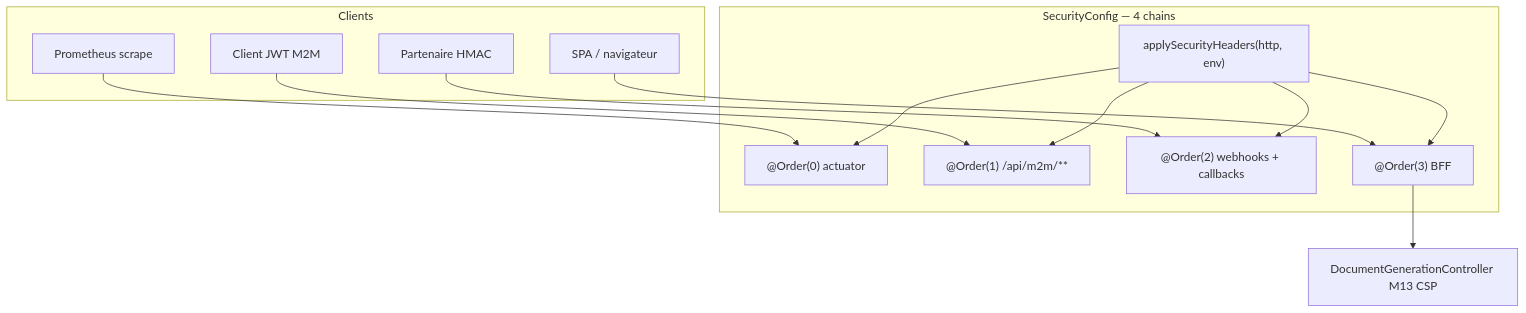
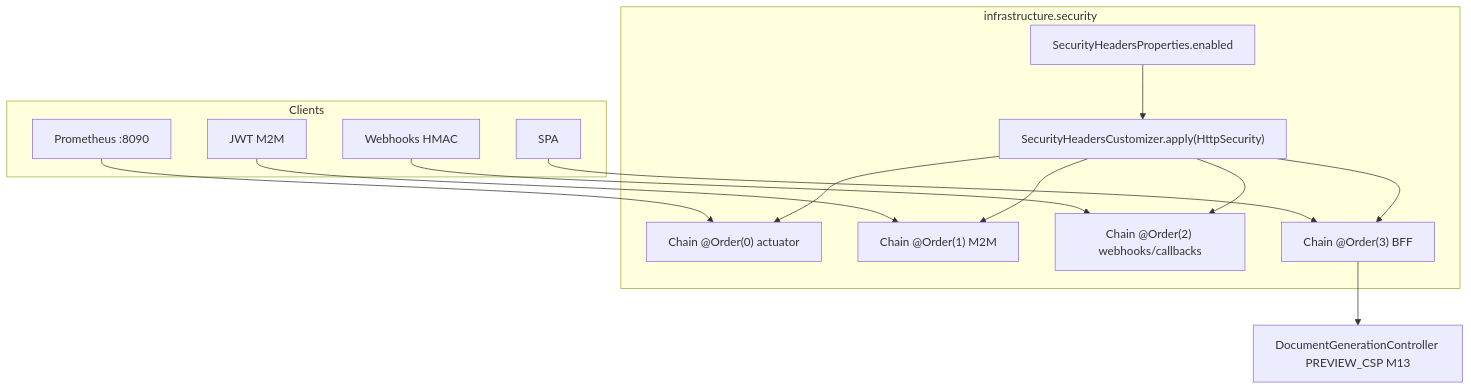
Before and after one commit to superjojo79/Myrmacta: the first of 2 diagrams in docs/ai/design/2026-09-20-feature-headers-http-globaux.md, drawn with Mermaid. The commit also changed other lines of this file and 5 other files, not shown here.

First line of the commit message:
docs(a4): Phase 3 design reviewed — customizer, CSP exacte, kill switch

````diff
--- a/docs/ai/design/2026-09-20-feature-headers-http-globaux.md
+++ b/docs/ai/design/2026-09-20-feature-headers-http-globaux.md
@@ -24,25 +46,27 @@
 ```mermaid
 flowchart TB
   subgraph clients [Clients]
-    Browser[SPA / navigateur]
-    Partner[Partenaire HMAC]
-    Scrape[Prometheus scrape]
-    M2M[Client JWT M2M]
+    Browser[SPA]
+    Partner[Webhooks HMAC]
+    Scrape[Prometheus :8090]
+    M2M[JWT M2M]
   end
-  subgraph chains ["SecurityConfig — 4 chains"]
-    C0["@Order(0) actuator"]
-    C1["@Order(1) /api/m2m/**"]
-    C2["@Order(2) webhooks + callbacks"]
-    C3["@Order(3) BFF"]
-    Helper["applySecurityHeaders(http, env)"]
+  subgraph sec [infrastructure.security]
+    Props["SecurityHeadersProperties.enabled"]
+    Customizer["SecurityHeadersCustomizer.apply(HttpSecurity)"]
+    C0["Chain @Order(0) actuator"]
+    C1["Chain @Order(1) M2M"]
+    C2["Chain @Order(2) webhooks/callbacks"]
+    C3["Chain @Order(3) BFF"]
   end
   Browser --> C3
   M2M --> C1
   Partner --> C2
   Scrape --> C0
-  Helper --> C0
-  Helper --> C1
-  Helper --> C2
-  Helper --> C3
-  C3 --> Preview["DocumentGenerationController M13 CSP"]
+  Props --> Customizer
+  Customizer --> C0
+  Customizer --> C1
+  Customizer --> C2
+  Customizer --> C3
+  C3 --> Preview["DocumentGenerationController PREVIEW_CSP M13"]
 ```
````
